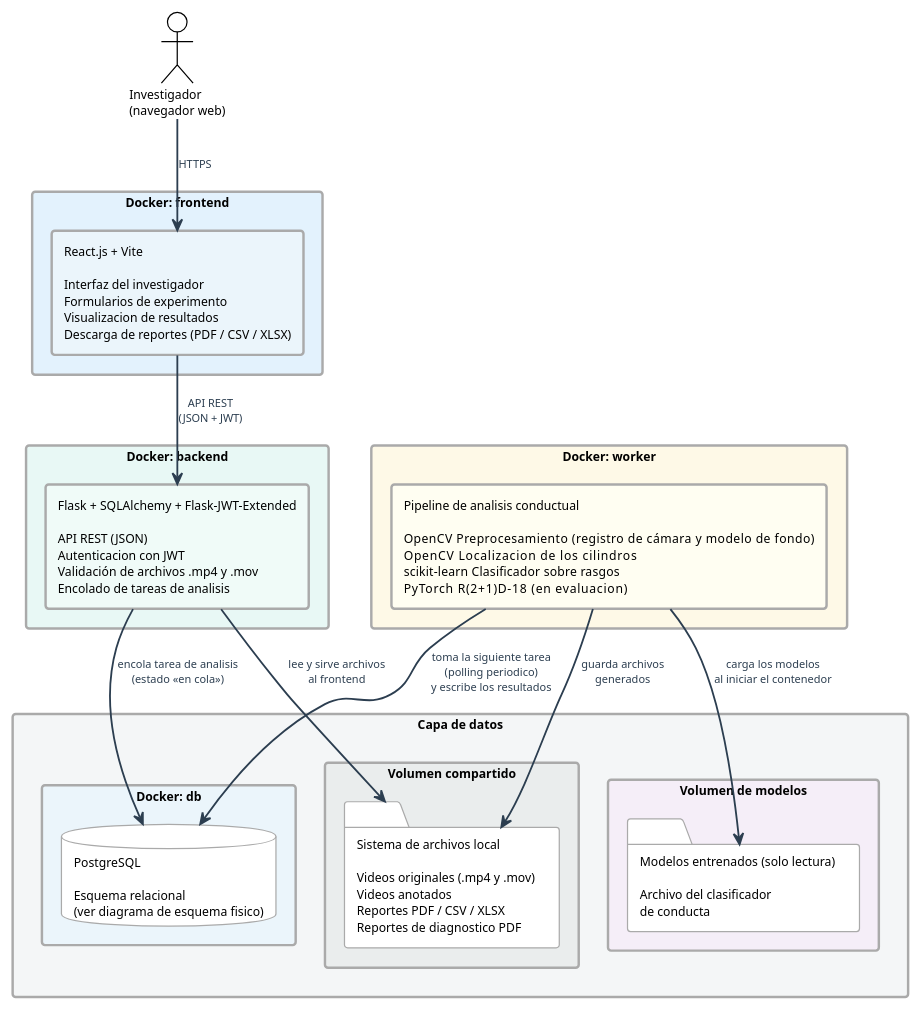
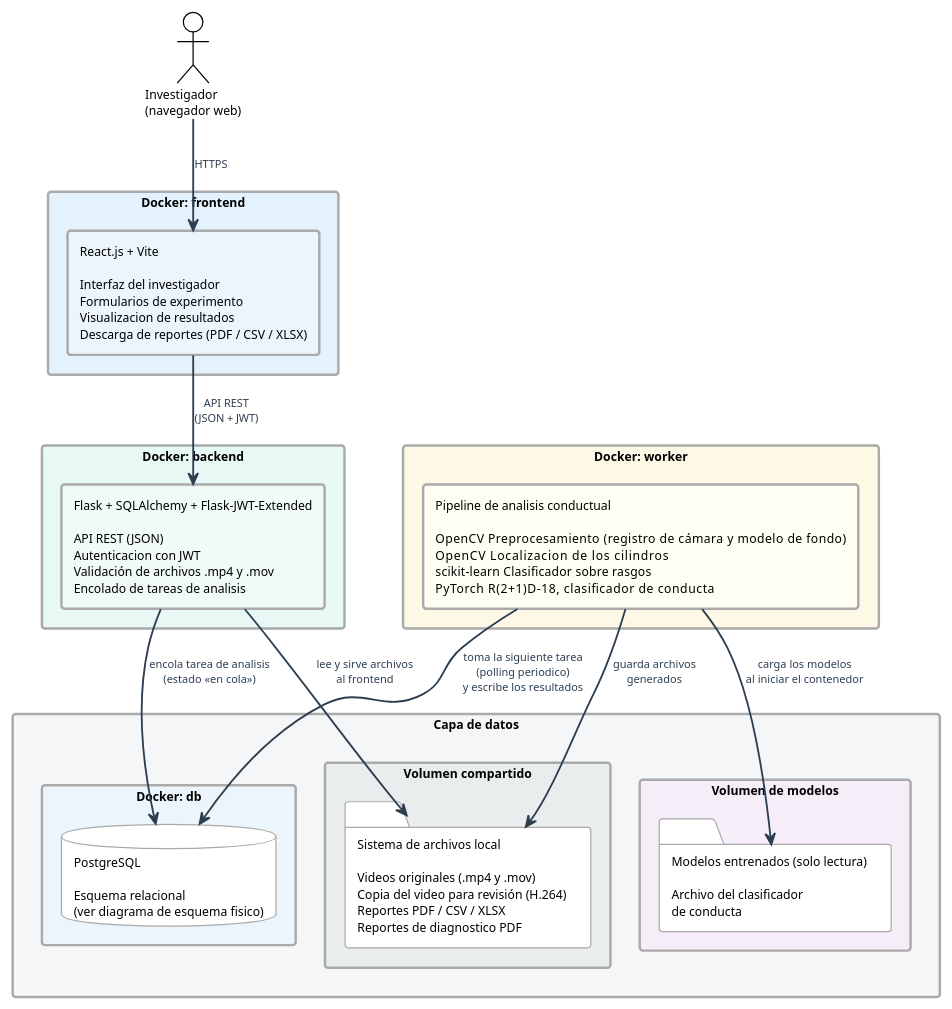
One commit to ErickJester/fst-ai-system-latex changed the diagram in diagramas/arquitectura_software.puml. Above: the diagram before and after it, drawn with PlantUML. The commit also changed 30 other files, not shown here.

```diff
--- a/diagramas/arquitectura_software.puml
+++ b/diagramas/arquitectura_software.puml
@@ -1,122 +1,122 @@
 @startuml arquitectura_software
 ' ============================================================
 '  Arquitectura de software por capas — FST
 '  TT 2026-B066 | ESCOM-IPN
 ' ------------------------------------------------------------
 '  Corrige dos cosas desactualizadas del diagrama viejo, con
 '  fuente en chapters/05_diseno.tex:26-49 (Arquitectura general):
 '
 '  - Quita el contenedor Redis y la cola de mensajes. El texto
 '    dice "tres capas... frontend, backend y base de datos. Un
 '    cuarto contenedor -el worker-" -- CUATRO contenedores, nunca
 '    cinco, y Redis no aparece en NINGUN capitulo (se buscó en los
 '    ocho .tex). El mecanismo real, confirmado también en CU-07
 '    (05_diseno.tex:1452) y en la tabla de trabajos (05_diseno.tex:
 '    1276), es polling: el backend inserta la tarea en la tabla de
 '    analisis con estado "en cola" (D-15) y el Worker la toma en su
 '    siguiente ciclo de polling -- sin cola de mensajes aparte.
 '
 '  - Agrega el volumen de modelos entrenados, que el diagrama viejo
 '    no tenia: "el archivo del clasificador de conducta reside en un
 '    volumen Docker dedicado que el worker monta al arrancar el
 '    contenedor" (05_diseno.tex:45-48) -- distinto del volumen
 '    compartido de videos/reportes, y de solo lectura para el Worker.
 '
 '  - 5-oct: el worker ya no usa YOLOv8, ByteTrack ni ResNet-18/50
 '    (CLA-02/CLA-03). El pipeline real (fst_auto) localiza los
 '    cilindros por sustraccion de fondo y clasifica con un modelo
 '    sobre rasgos (scikit-learn) o la R(2+1)D-18 (PyTorch); cual de
 '    los dos queda se decide en TT-II, por eso el volumen no nombra
 '    un archivo concreto.
 '
 '  - Quita la lista de las 12 tablas viejas (USUARIOS, EXPERIMENTOS,
 '    TRABAJOS, ANIMALES, SUJETOS, ROIS...) del contenedor de base de
 '    datos -- ya no existen (ver MIGRACION-DIAGRAMAS.md SS2). Se
 '    remite al diagrama de esquema físico en vez de repetir aquí las
 '    16 relaciones del modelo nuevo, para no duplicar mantenimiento
 '    entre dos diagramas.
 '
 '  Generar:
 '      java -jar plantuml.jar -tpng diagramas/arquitectura_software.puml
 ' ============================================================
 
 !theme plain
 skinparam defaultFontName Arial
 skinparam defaultFontSize 10
 skinparam shadowing false
 skinparam BackgroundColor White
 skinparam ArrowColor      #2C3E50
 skinparam ArrowThickness  1.5
 skinparam ArrowFontSize   9
 skinparam ArrowFontColor  #2C3E50
 skinparam RectangleBorderThickness 2
 skinparam RectangleBorderColor     #AAAAAA
 skinparam QueueBorderColor         #AAAAAA
 skinparam DatabaseBorderColor      #AAAAAA
 skinparam FolderBorderColor        #AAAAAA
 
 top to bottom direction
 
 ' ═══════════════════════════════════════════════════════════
 '  ACTOR
 ' ═══════════════════════════════════════════════════════════
 
 actor "Investigador\n(navegador web)" as INV
 
 ' ═══════════════════════════════════════════════════════════
 '  CAPA 1 — Presentacion
 ' ═══════════════════════════════════════════════════════════
 
 rectangle "Docker: frontend" as C_FE #E3F2FD {
   rectangle "React.js + Vite\n\nInterfaz del investigador\nFormularios de experimento\nVisualizacion de resultados\nDescarga de reportes (PDF / CSV / XLSX)" as FE #EBF5FB
 }
 
 ' ═══════════════════════════════════════════════════════════
 '  CAPA 2 — Logica de negocio
 ' ═══════════════════════════════════════════════════════════
 
 rectangle "Docker: backend" as C_BE #E8F8F5 {
   rectangle "Flask + SQLAlchemy + Flask-JWT-Extended\n\nAPI REST (JSON)\nAutenticacion con JWT\nValidación de archivos .mp4 y .mov\nEncolado de tareas de analisis" as BE #F0FBF8
 }
 
 ' ═══════════════════════════════════════════════════════════
 '  CAPA 3 — Procesamiento asincrono
 ' ═══════════════════════════════════════════════════════════
 
 rectangle "Docker: worker" as C_WK #FEF9E7 {
-  rectangle "Pipeline de analisis conductual\n\nOpenCV         Preprocesamiento (registro de cámara y modelo de fondo)\nOpenCV         Localizacion de los cilindros\nscikit-learn   Clasificador sobre rasgos\nPyTorch        R(2+1)D-18 (en evaluacion)" as WK #FFFEF2
+  rectangle "Pipeline de analisis conductual\n\nOpenCV         Preprocesamiento (registro de cámara y modelo de fondo)\nOpenCV         Localizacion de los cilindros\nscikit-learn   Clasificador sobre rasgos\nPyTorch        R(2+1)D-18, clasificador de conducta" as WK #FFFEF2
 }
 
 ' ═══════════════════════════════════════════════════════════
 '  CAPA 4 — Datos (PostgreSQL · Archivos · Modelos entrenados)
 ' ═══════════════════════════════════════════════════════════
 
 rectangle "Capa de datos" as DATOS #F4F6F7 {
 
   rectangle "Docker: db" as C_DB #EBF5FB {
     database "PostgreSQL\n\nEsquema relacional\n(ver diagrama de esquema fisico)" as DB
   }
 
   rectangle "Volumen compartido" as C_FS #EAEDED {
-    folder "Sistema de archivos local\n\nVideos originales (.mp4 y .mov)\nVideos anotados\nReportes PDF / CSV / XLSX\nReportes de diagnostico PDF" as FS
+    folder "Sistema de archivos local\n\nVideos originales (.mp4 y .mov)\nCopia del video para revisión (H.264)\nReportes PDF / CSV / XLSX\nReportes de diagnostico PDF" as FS
   }
 
   rectangle "Volumen de modelos" as C_MD #F5EEF8 {
     folder "Modelos entrenados (solo lectura)\n\nArchivo del clasificador\nde conducta" as MD
   }
 
 }
 
 ' ═══════════════════════════════════════════════════════════
 '  RELACIONES
 ' ═══════════════════════════════════════════════════════════
 
 INV  -down->  FE  : "HTTPS"
 FE   -down->  BE  : "API REST\n(JSON + JWT)"
 BE   -down->  DB  : "encola tarea de analisis\n(estado «en cola»)"
 WK   -->      DB  : "toma la siguiente tarea\n(polling periodico)\ny escribe los resultados"
 WK   -->      FS  : "guarda archivos\ngenerados"
 BE   -->      FS  : "lee y sirve archivos\nal frontend"
 WK   -->      MD  : "carga los modelos\nal iniciar el contenedor"
 
 @enduml
```
